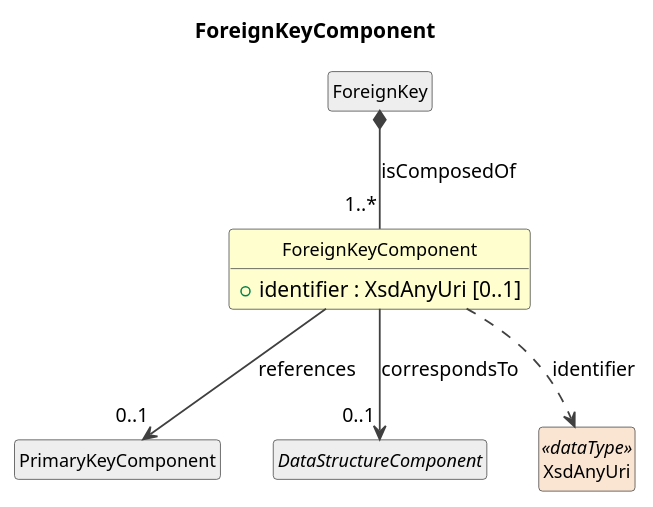
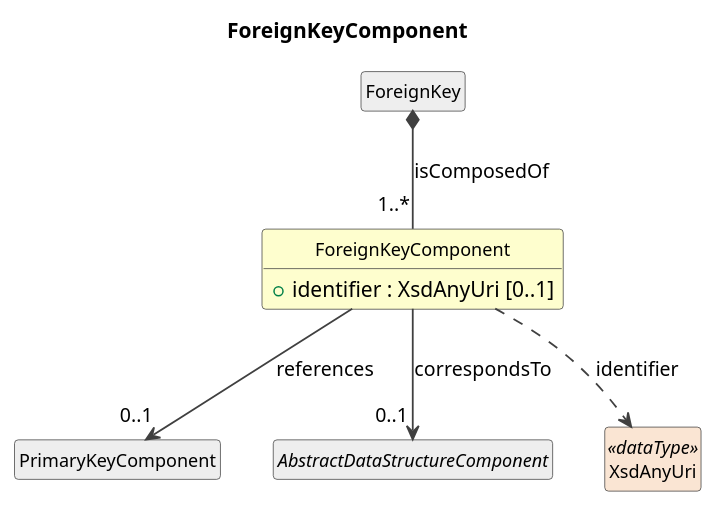
The diagram in cdif-uml-model/_plantuml/dataDescriptionWithStructure/Classes/ForeignKeyComponent.pu (Cross-Domain-Interoperability-Framework/metadataBuildingBlocks), drawn with PlantUML before and after one commit. The commit also changed 145 other files, not shown here.

First line of the commit message:
cdif-uml-model: regen for AbstractDataStructureComponent + 6 subtypes

```diff
--- a/cdif-uml-model/_plantuml/dataDescriptionWithStructure/Classes/ForeignKeyComponent.pu
+++ b/cdif-uml-model/_plantuml/dataDescriptionWithStructure/Classes/ForeignKeyComponent.pu
@@ -1,25 +1,25 @@
 @startuml
 title ForeignKeyComponent
 hide circle
 hide empty members
 skinparam shadowing false
 skinparam ArrowThickness 1.2
 skinparam class {
   ArrowColor #404040
   BorderColor #404040
   FontSize 12
 }
 
 class "ForeignKeyComponent" as ForeignKeyComponent #FEFECE {
   +identifier : XsdAnyUri [0..1]
 }
 class "ForeignKey" as ForeignKey #EEEEEE
 ForeignKey *-- "1..*" ForeignKeyComponent : isComposedOf
 class "PrimaryKeyComponent" as PrimaryKeyComponent #EEEEEE
 ForeignKeyComponent --> "0..1" PrimaryKeyComponent : references
-abstract class "DataStructureComponent" as DataStructureComponent #EEEEEE
-ForeignKeyComponent --> "0..1" DataStructureComponent : correspondsTo
+abstract class "AbstractDataStructureComponent" as AbstractDataStructureComponent #EEEEEE
+ForeignKeyComponent --> "0..1" AbstractDataStructureComponent : correspondsTo
 class "XsdAnyUri" as XsdAnyUri <<dataType>> #FAE5D3
 ForeignKeyComponent ..> XsdAnyUri : identifier
 
 @enduml
```
